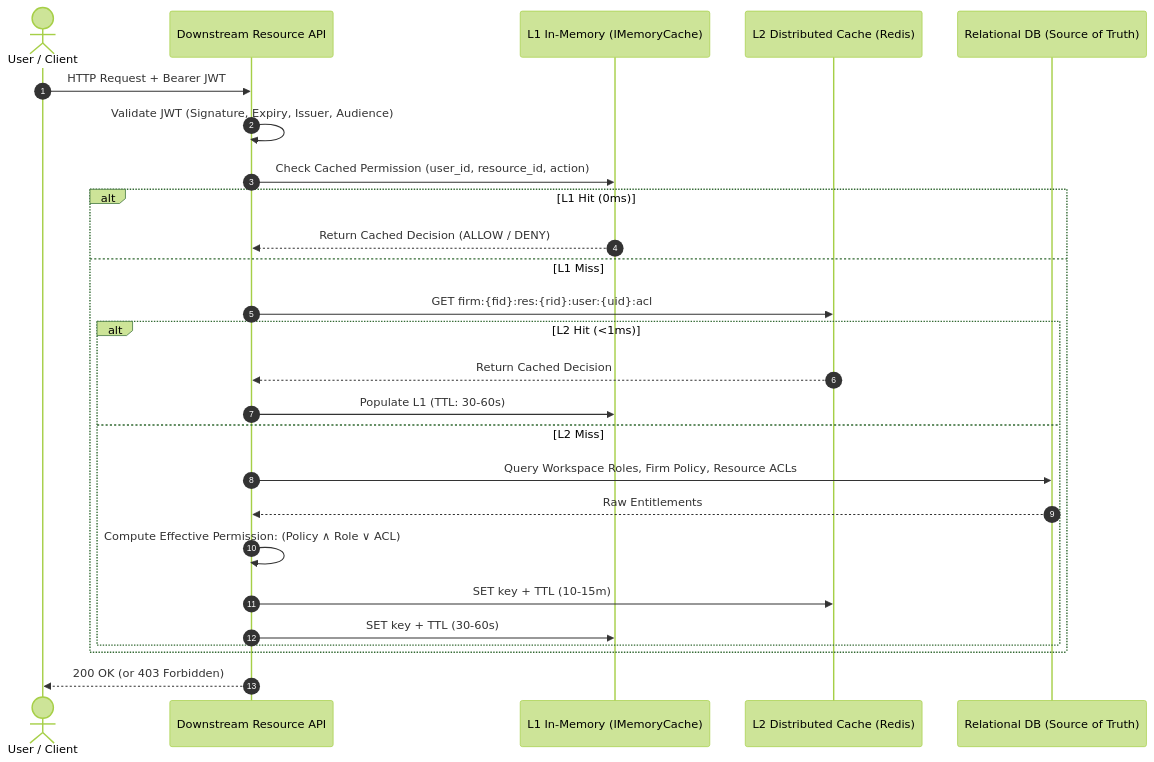
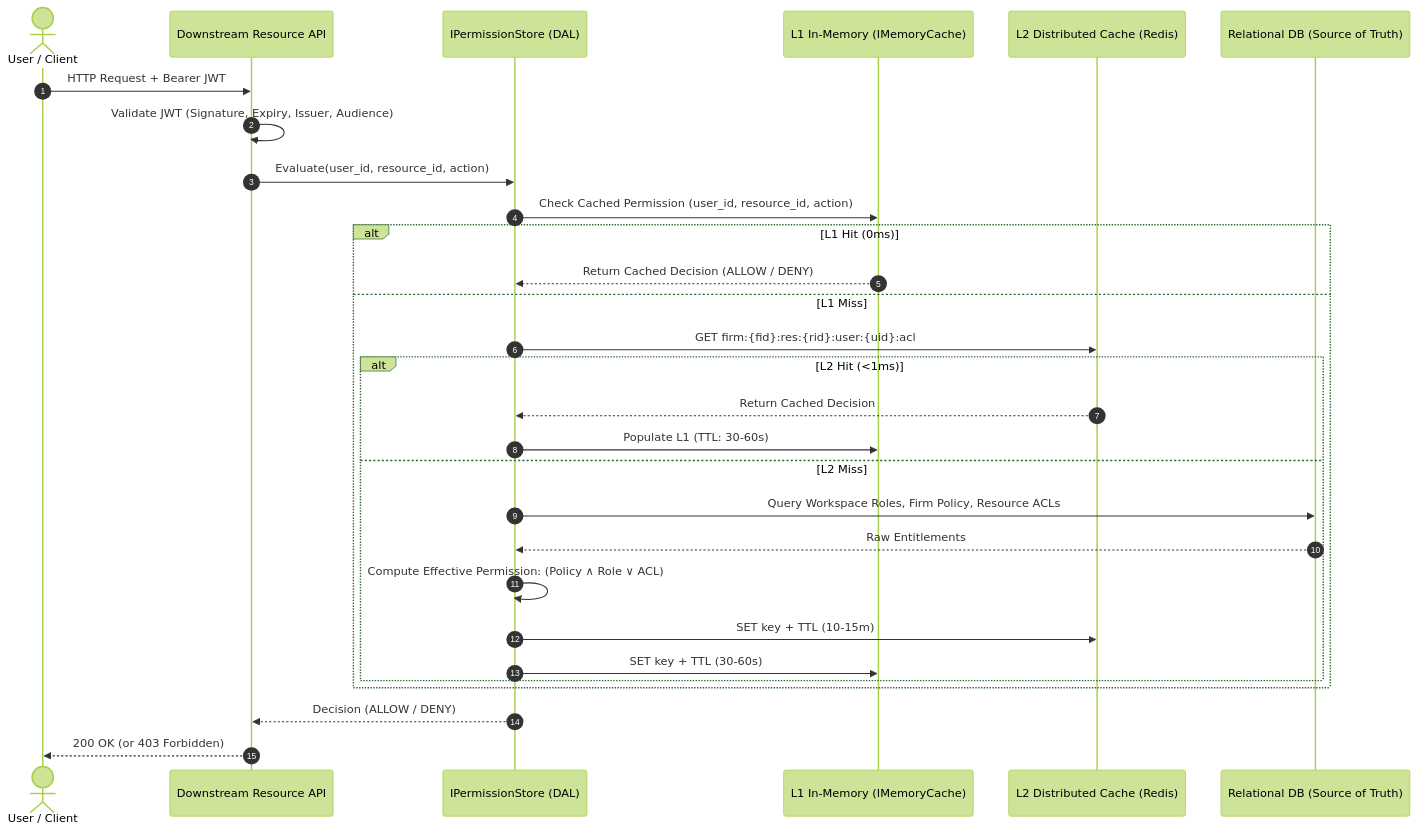
The second of 7 diagrams in docs/part-1-specs.md (mauriciogracia/auth-challenge), drawn with Mermaid (forest theme) before and after one commit. The commit also changed other lines of this file and 1 other file, not shown here.

Commit message:
docs: add architecture and design specification for identity platform

````diff
--- a/docs/part-1-specs.md
+++ b/docs/part-1-specs.md
@@ -111,29 +157,32 @@
 ```mermaid
 sequenceDiagram
     autonumber
     actor User as User / Client
     participant API as Downstream Resource API
+    participant DAL as IPermissionStore (DAL)
     participant L1 as L1 In-Memory (IMemoryCache)
     participant L2 as L2 Distributed Cache (Redis)
     participant DB as Relational DB (Source of Truth)
 
     User->>API: HTTP Request + Bearer JWT
     API->>API: Validate JWT (Signature, Expiry, Issuer, Audience)
-    API->>L1: Check Cached Permission (user_id, resource_id, action)
+    API->>DAL: Evaluate(user_id, resource_id, action)
+    DAL->>L1: Check Cached Permission (user_id, resource_id, action)
     alt L1 Hit (0ms)
-        L1-->>API: Return Cached Decision (ALLOW / DENY)
+        L1-->>DAL: Return Cached Decision (ALLOW / DENY)
     else L1 Miss
-        API->>L2: GET firm:{fid}:res:{rid}:user:{uid}:acl
+        DAL->>L2: GET firm:{fid}:res:{rid}:user:{uid}:acl
         alt L2 Hit (<1ms)
-            L2-->>API: Return Cached Decision
-            API->>L1: Populate L1 (TTL: 30-60s)
+            L2-->>DAL: Return Cached Decision
+            DAL->>L1: Populate L1 (TTL: 30-60s)
         else L2 Miss
-            API->>DB: Query Workspace Roles, Firm Policy, Resource ACLs
-            DB-->>API: Raw Entitlements
-            API->>API: Compute Effective Permission: (Policy ∧ Role ∨ ACL)
-            API->>L2: SET key + TTL (10-15m)
-            API->>L1: SET key + TTL (30-60s)
+            DAL->>DB: Query Workspace Roles, Firm Policy, Resource ACLs
+            DB-->>DAL: Raw Entitlements
+            DAL->>DAL: Compute Effective Permission: (Policy ∧ Role ∨ ACL)
+            DAL->>L2: SET key + TTL (10-15m)
+            DAL->>L1: SET key + TTL (30-60s)
         end
     end
+    DAL-->>API: Decision (ALLOW / DENY)
     API-->>User: 200 OK (or 403 Forbidden)
 ```
````
